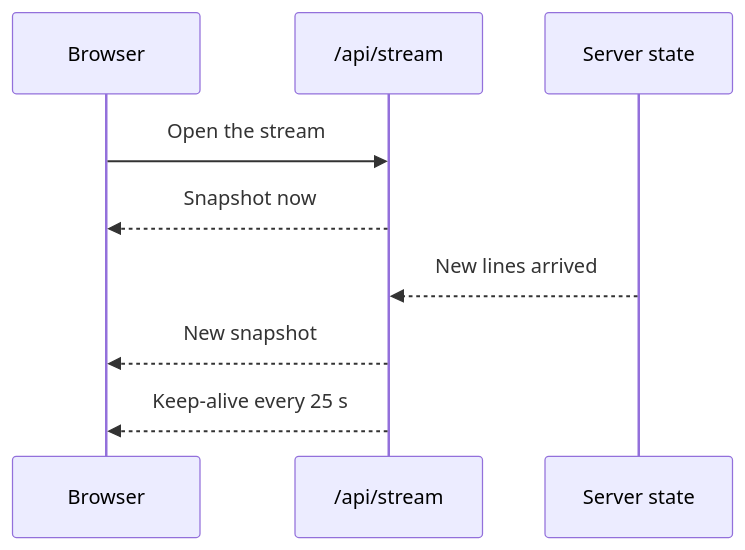
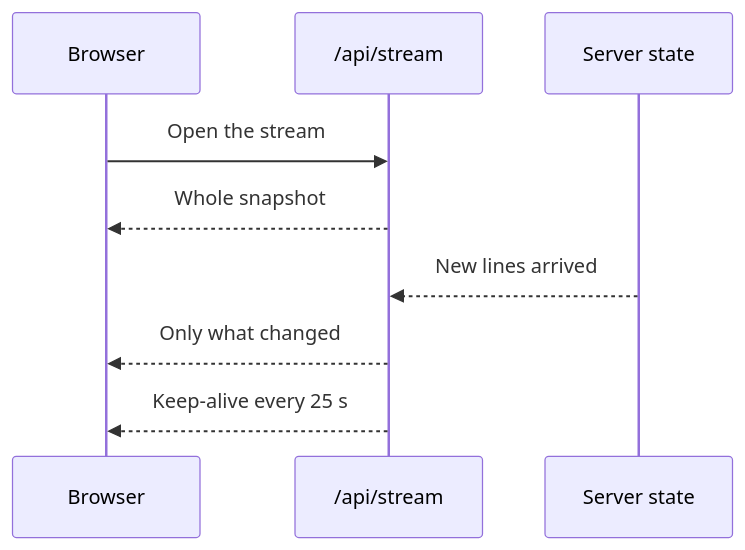
Before and after one commit to cristiadu/valheim-dashboard: the sixth of 17 diagrams in docs/architecture.md, drawn with Mermaid. The commit also changed other lines of this file and 11 other files, not shown here.

Commit message:
Send only what changed on the live stream, compressed, so sharing uses far less bandwidth (#72)

````diff
--- a/docs/architecture.md
+++ b/docs/architecture.md
@@ -96,11 +96,11 @@
 ```mermaid
 sequenceDiagram
   participant B as Browser
   participant A as /api/stream
   participant S as Server state
   B->>A: Open the stream
-  A-->>B: Snapshot now
+  A-->>B: Whole snapshot
   S-->>A: New lines arrived
-  A-->>B: New snapshot
+  A-->>B: Only what changed
   A-->>B: Keep-alive every 25 s
 ```
````
